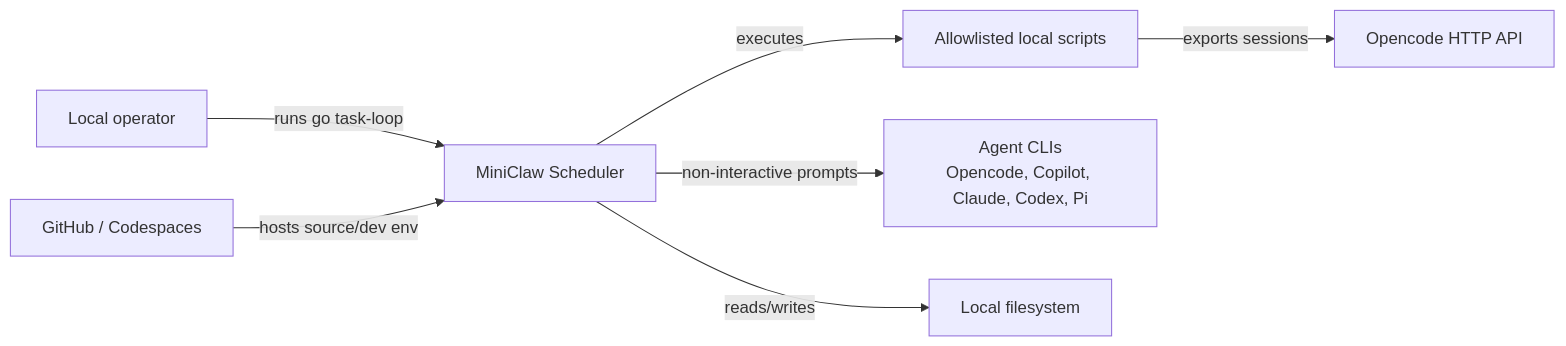
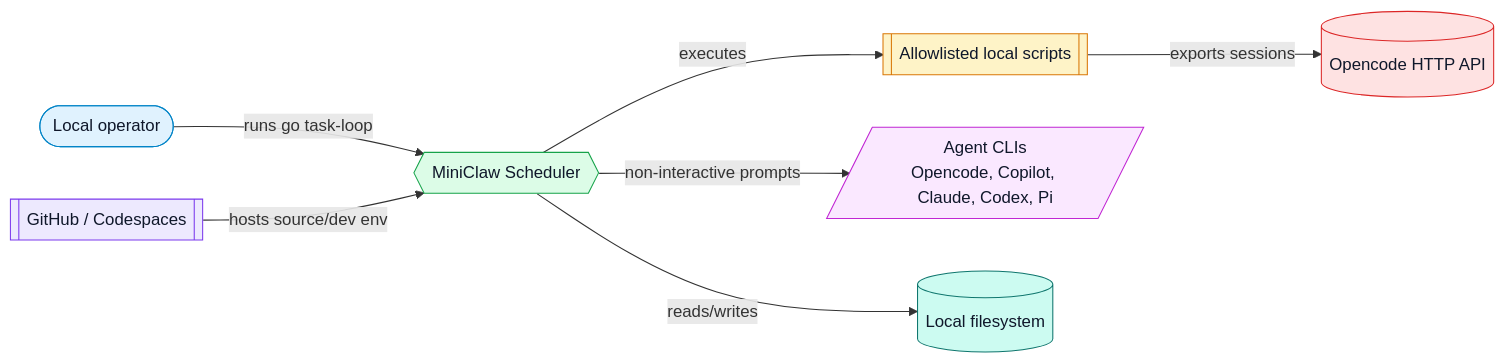
One commit to vii33/CodebaseExlorer changed the diagram in examples/diagrams/agentscheduler-external-interactions.mmd. Above: the diagram before and after it, drawn with Mermaid. The commit also changed 10 other files, not shown here.

```diff
--- a/examples/diagrams/agentscheduler-external-interactions.mmd
+++ b/examples/diagrams/agentscheduler-external-interactions.mmd
@@ -1,15 +1,31 @@
 flowchart LR
-  user[Local operator]
-  github[GitHub / Codespaces]
-  miniclaw[MiniClaw Scheduler]
-  shell[Allowlisted local scripts]
-  agents[Agent CLIs<br/>Opencode, Copilot, Claude, Codex, Pi]
-  opencode[Opencode HTTP API]
-  fs[Local filesystem]
+  user([Local operator])
+  github[[GitHub / Codespaces]]
+  miniclaw{{MiniClaw Scheduler}}
+  shell[[Allowlisted local scripts]]
+  agents[/Agent CLIs<br/>Opencode, Copilot, Claude, Codex, Pi/]
+  opencode[(Opencode HTTP API)]
+  fs[(Local filesystem)]
 
   user -->|runs go task-loop| miniclaw
   github -->|hosts source/dev env| miniclaw
   miniclaw -->|executes| shell
   miniclaw -->|non-interactive prompts| agents
   shell -->|exports sessions| opencode
   miniclaw -->|reads/writes| fs
+
+  classDef actor fill:#e0f2fe,stroke:#0284c7,color:#0f172a
+  classDef host fill:#ede9fe,stroke:#7c3aed,color:#0f172a
+  classDef core fill:#dcfce7,stroke:#16a34a,color:#0f172a
+  classDef localTool fill:#fef3c7,stroke:#d97706,color:#0f172a
+  classDef agent fill:#fae8ff,stroke:#c026d3,color:#0f172a
+  classDef external fill:#fee2e2,stroke:#dc2626,color:#0f172a
+  classDef storage fill:#ccfbf1,stroke:#0f766e,color:#0f172a
+
+  class user actor
+  class github host
+  class miniclaw core
+  class shell localTool
+  class agents agent
+  class opencode external
+  class fs storage
```
